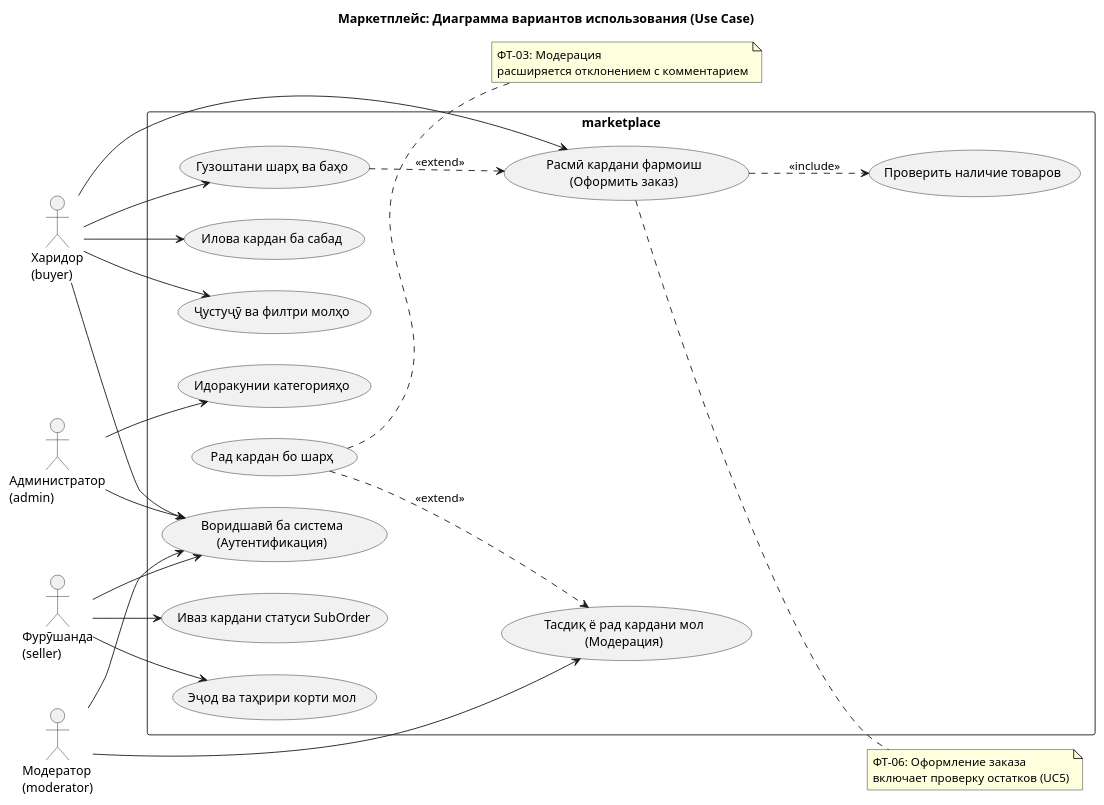
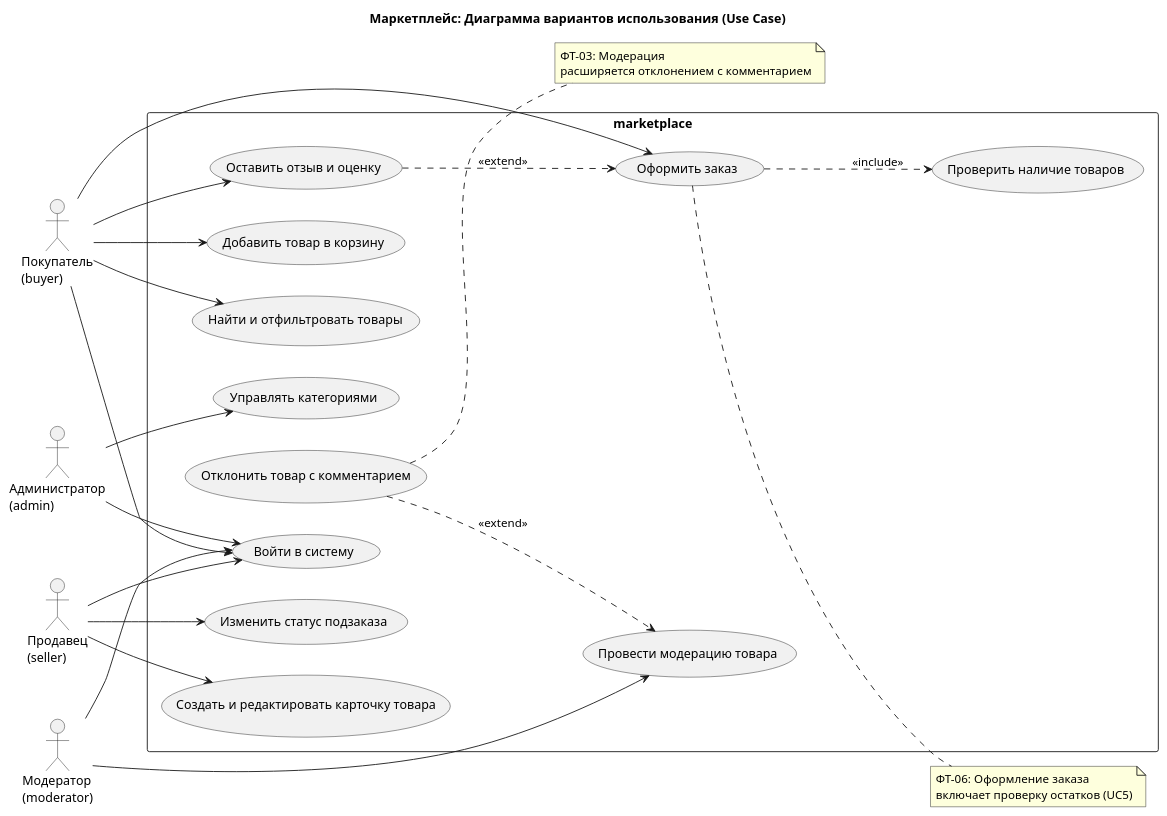
Before and after one commit to SocLord/marketplace: the diagram in docs/04-behavior/use-case.puml, drawn with PlantUML. The commit also changed 5 other files, not shown here.

Commit message:
docs: UML-модель поведения (lab-04)

```diff
--- a/docs/04-behavior/use-case.puml
+++ b/docs/04-behavior/use-case.puml
@@ -1,56 +1,56 @@
 @startuml use-case
 left to right direction
 title Маркетплейс: Диаграмма вариантов использования (Use Case)
 
-actor "Харидор\n(buyer)" as Buyer
-actor "Фурӯшанда\n(seller)" as Seller
+actor "Покупатель\n(buyer)" as Buyer
+actor "Продавец\n(seller)" as Seller
 actor "Модератор\n(moderator)" as Moderator
 actor "Администратор\n(admin)" as Admin
 
 rectangle "marketplace" {
-  usecase "Воридшавӣ ба система\n(Аутентификация)" as UC1
-  usecase "Ҷустуҷӯ ва филтри молҳо" as UC2
-  usecase "Илова кардан ба сабад" as UC3
-  usecase "Расмӣ кардани фармоиш\n(Оформить заказ)" as UC4
+  usecase "Войти в систему" as UC1
+  usecase "Найти и отфильтровать товары" as UC2
+  usecase "Добавить товар в корзину" as UC3
+  usecase "Оформить заказ" as UC4
   usecase "Проверить наличие товаров" as UC5
-  usecase "Эҷод ва таҳрири корти мол" as UC6
-  usecase "Тасдиқ ё рад кардани мол\n(Модерация)" as UC7
-  usecase "Рад кардан бо шарҳ" as UC8
-  usecase "Иваз кардани статуси SubOrder" as UC9
-  usecase "Гузоштани шарҳ ва баҳо" as UC10
-  usecase "Идоракунии категорияҳо" as UC11
+  usecase "Создать и редактировать карточку товара" as UC6
+  usecase "Провести модерацию товара" as UC7
+  usecase "Отклонить товар с комментарием" as UC8
+  usecase "Изменить статус подзаказа" as UC9
+  usecase "Оставить отзыв и оценку" as UC10
+  usecase "Управлять категориями" as UC11
 }
 
 ' Связи акторов с вариантами использования
 Buyer --> UC1
 Buyer --> UC2
 Buyer --> UC3
 Buyer --> UC4
 Buyer --> UC10
 
 Seller --> UC1
 Seller --> UC6
 Seller --> UC9
 
 Moderator --> UC1
 Moderator --> UC7
 
 Admin --> UC1
 Admin --> UC11
 
 ' Отношения include и extend
 UC4 ..> UC5 : <<include>>
 UC8 ..> UC7 : <<extend>>
 UC10 ..> UC4 : <<extend>>
 
 note right of UC4
   ФТ-06: Оформление заказа
   включает проверку остатков (UC5)
 end note
 
 note right of UC8
   ФТ-03: Модерация
   расширяется отклонением с комментарием
 end note
 
 @enduml
```
